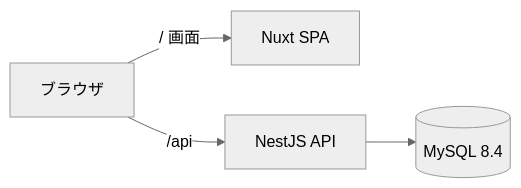
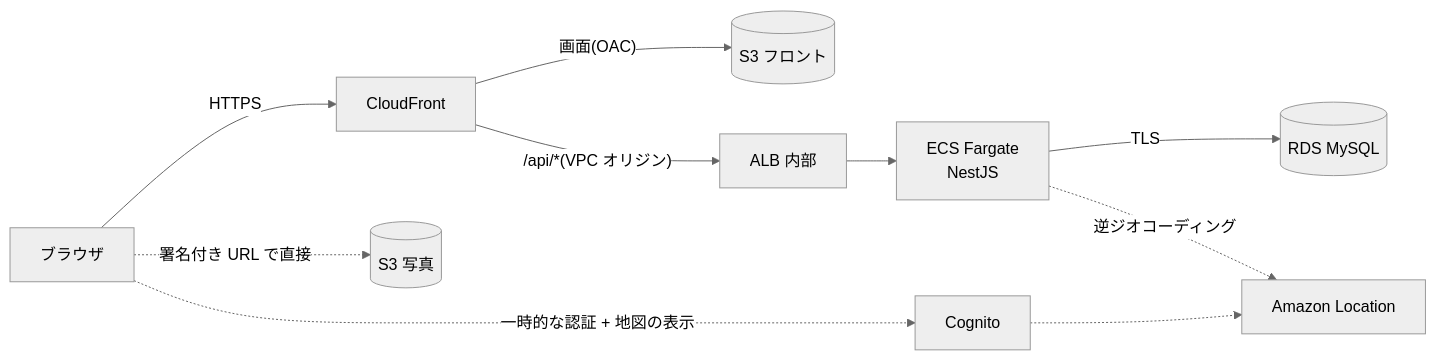
The diagram in README.md (masatsumaple-creator/app-kadai2-TripDiary), drawn with Mermaid (neutral theme) before and after one commit. The commit also changed other lines of this file and 9 other files, not shown here.

````diff
--- a/README.md
+++ b/README.md
@@ -40,6 +85,11 @@
 ```mermaid
 flowchart LR
-  B[ブラウザ] -->|/ 画面| F[Nuxt SPA]
-  B -->|/api| A[NestJS API]
-  A --> D[(MySQL 8.4)]
+  U[ブラウザ] -->|HTTPS| CF[CloudFront]
+  CF -->|"画面(OAC)"| S3W[(S3 フロント)]
+  CF -->|"/api/*(VPC オリジン)"| ALB[ALB 内部]
+  ALB --> ECS[ECS Fargate<br/>NestJS]
+  ECS -->|TLS| RDS[(RDS MySQL)]
+  ECS -.->|逆ジオコーディング| LOC[Amazon Location]
+  U -.->|"署名付き URL で直接"| S3P[(S3 写真)]
+  U -.->|"一時的な認証 + 地図の表示"| COG[Cognito] -.-> LOC
 ```
````
